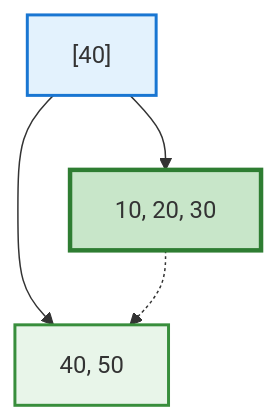
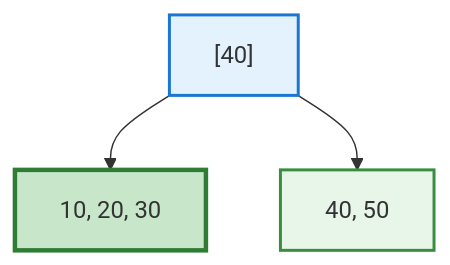
The fourth of 14 diagrams in lecture-outlines/day26-bplus-trees-ii/slides.md (ufdatastudio/cop5725fa26), drawn with Mermaid before and after one commit. The commit also changed other lines of this file and 50 other files, not shown here.

````diff
--- a/lecture-outlines/day26-bplus-trees-ii/slides.md
+++ b/lecture-outlines/day26-bplus-trees-ii/slides.md
@@ -100,15 +99,14 @@
 ```mermaid
 graph TB
   R["[40]"]
   L1["10, 20, 30"]
   L2["40, 50"]
   R --> L1
   R --> L2
-  L1 -.-> L2
   classDef root fill:#e3f2fd,stroke:#1976d2,stroke-width:2px
   classDef hit fill:#c8e6c9,stroke:#2e7d32,stroke-width:3px
   classDef leaf fill:#e8f5e9,stroke:#388e3c,stroke-width:2px
   class R root
   class L1 hit
   class L2 leaf
 ```
````
